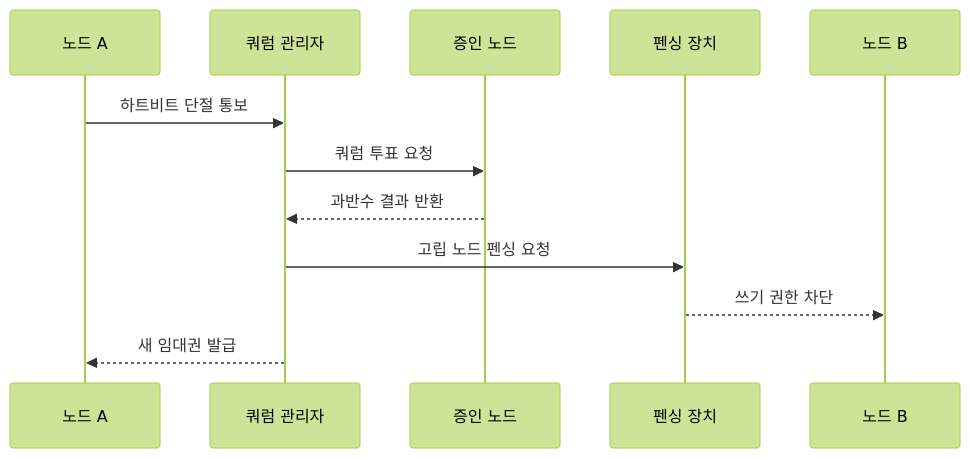
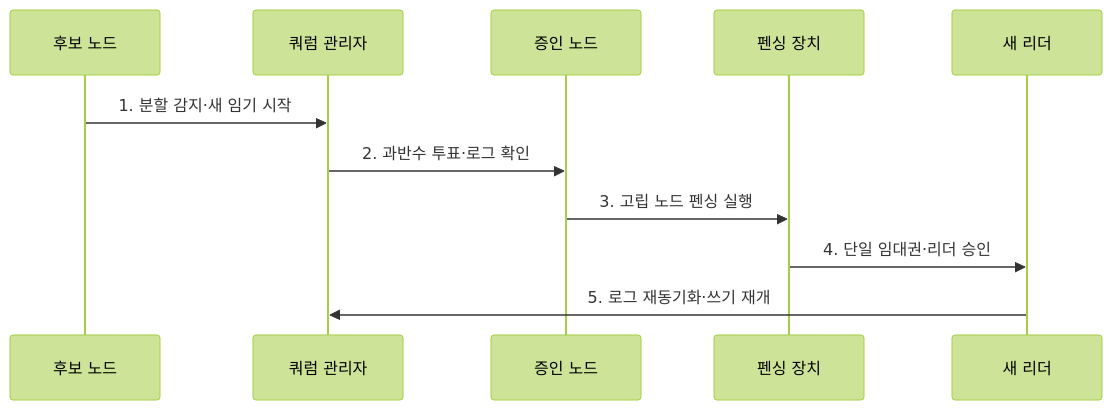
One commit to agnusdei1207/knowledge-base changed the second of 2 diagrams in src/content/docs/notes/06-evaluation/021_split_brain_quorum.md. Above: the diagram before and after it, drawn with Mermaid (forest theme). The commit also changed other lines of this file and 6 other files, not shown here.

````diff
--- a/src/content/docs/notes/06-evaluation/021_split_brain_quorum.md
+++ b/src/content/docs/notes/06-evaluation/021_split_brain_quorum.md
@@ -80,14 +84,13 @@
 ```mermaid
 sequenceDiagram
-    participant A as 노드 A
-    participant Q as 쿼럼 관리자
-    participant W as 증인 노드
-    participant F as 펜싱 장치
-    participant B as 노드 B
-    A->>Q: 하트비트 단절 통보
-    Q->>W: 쿼럼 투표 요청
-    W-->>Q: 과반수 결과 반환
-    Q->>F: 고립 노드 펜싱 요청
-    F-->>B: 쓰기 권한 차단
-    Q-->>A: 새 임대권 발급
+  participant A as 후보 노드
+  participant Q as 쿼럼 관리자
+  participant W as 증인 노드
+  participant F as 펜싱 장치
+  participant L as 새 리더
+  A->>Q: 1. 분할 감지·새 임기 시작
+  Q->>W: 2. 과반수 투표·로그 확인
+  W->>F: 3. 고립 노드 펜싱 실행
+  F->>L: 4. 단일 임대권·리더 승인
+  L->>Q: 5. 로그 재동기화·쓰기 재개
 ```
````
